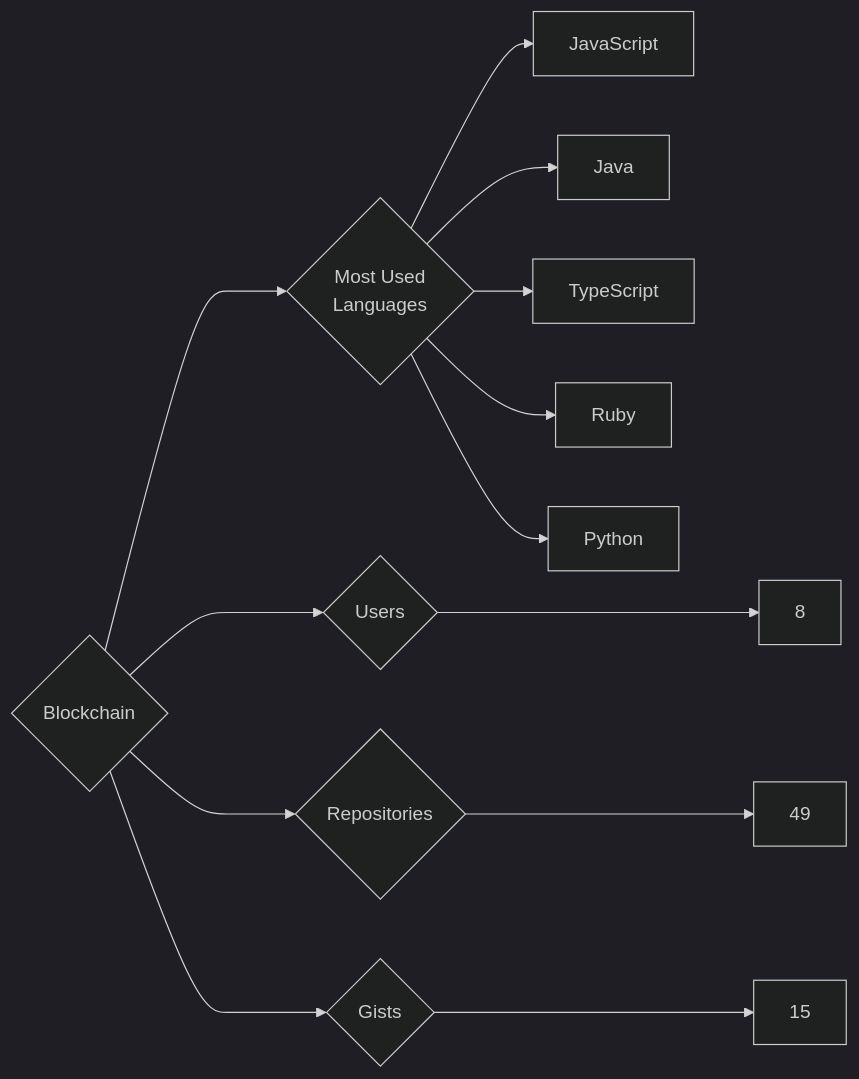
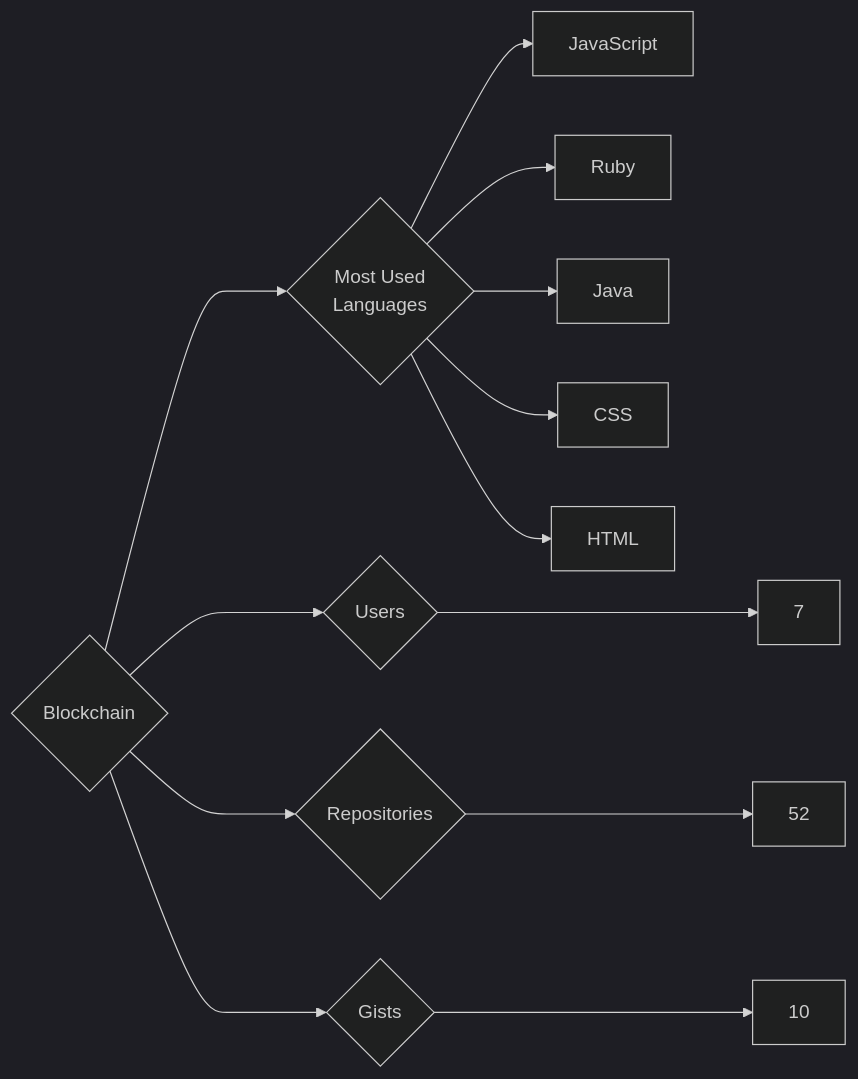
One commit to trickest/insiders changed the diagram in targets/Blockchain/README.md. Above: the diagram before and after it, drawn with Mermaid (dark theme). The commit also changed 611 other files, not shown here.

````diff
--- a/targets/Blockchain/README.md
+++ b/targets/Blockchain/README.md
@@ -3,13 +3,13 @@
 ```mermaid
 graph LR
 COMPANY_NAME{Blockchain}
-COMPANY_NAME ---> U{Users} ---> UN[8]
-COMPANY_NAME ---> R{Repositories} ---> RN[49]
-COMPANY_NAME ---> G{Gists} ---> GN[15]
+COMPANY_NAME ---> U{Users} ---> UN[7]
+COMPANY_NAME ---> R{Repositories} ---> RN[52]
+COMPANY_NAME ---> G{Gists} ---> GN[10]
 COMPANY_NAME ---> ML{Most Used<br>Languages}
 ML --> JavaScript[JavaScript]
+ML --> Ruby[Ruby]
 ML --> Java[Java]
-ML --> TypeScript[TypeScript]
-ML --> Ruby[Ruby]
-ML --> Python[Python]
+ML --> CSS[CSS]
+ML --> HTML[HTML]
 ```
````
